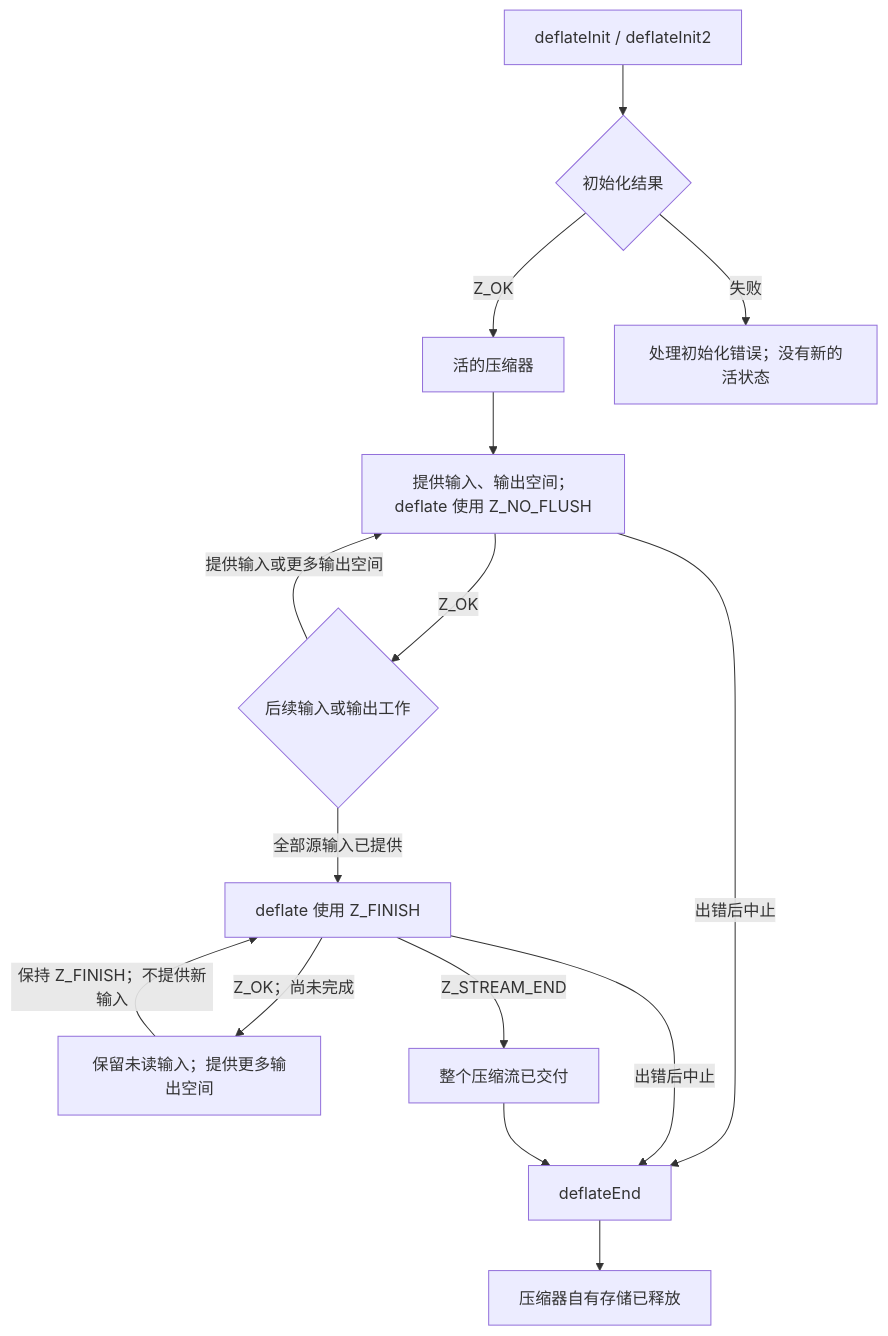
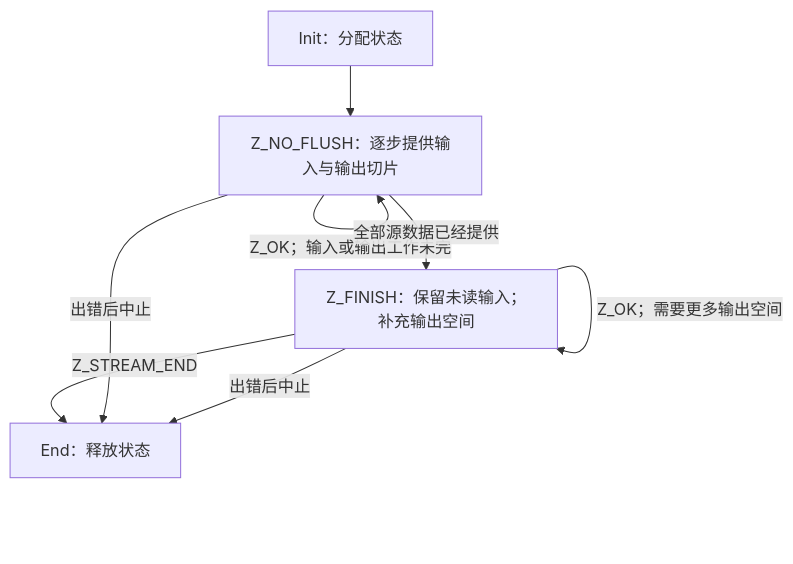
Before and after one commit to cla7aye15I4nd/zlib-f: the first of 2 diagrams in site/content/sample/interfaces.zh.md, drawn with Mermaid. The commit also changed other lines of this file and 15 other files, not shown here.

````diff
--- a/site/content/sample/interfaces.zh.md
+++ b/site/content/sample/interfaces.zh.md
@@ -9,17 +44,10 @@
 ```mermaid
 flowchart TD
-    Init["deflateInit / deflateInit2"] --> InitResult{"初始化结果"}
-    InitResult -->|Z_OK| Live["活的压缩器"]
-    InitResult -->|失败| NoLive["处理初始化错误；没有新的活状态"]
-    Live --> Work["提供输入、输出空间；deflate 使用 Z_NO_FLUSH"]
-    Work -->|Z_OK| Continue{"后续输入或输出工作"}
-    Continue -->|提供输入或更多输出空间| Work
-    Continue -->|全部源输入已提供| Finish["deflate 使用 Z_FINISH"]
-    Finish -->|Z_OK；尚未完成| More["保留未读输入；提供更多输出空间"]
-    More -->|保持 Z_FINISH；不提供新输入| Finish
-    Finish -->|Z_STREAM_END| Complete["整个压缩流已交付"]
-    Work -->|出错后中止| End["deflateEnd"]
-    Finish -->|出错后中止| End
-    Complete --> End
-    End --> Released["压缩器自有存储已释放"]
+    Init["Init：分配状态"] --> Work["Z_NO_FLUSH：逐步提供输入与输出切片"]
+    Work -->|"Z_OK；输入或输出工作未完"| Work
+    Work -->|"全部源数据已经提供"| Finish["Z_FINISH：保留未读输入；补充输出空间"]
+    Finish -->|"Z_OK；需要更多输出空间"| Finish
+    Finish -->|Z_STREAM_END| End["End：释放状态"]
+    Work -->|"出错后中止"| End
+    Finish -->|"出错后中止"| End
 ```
````
